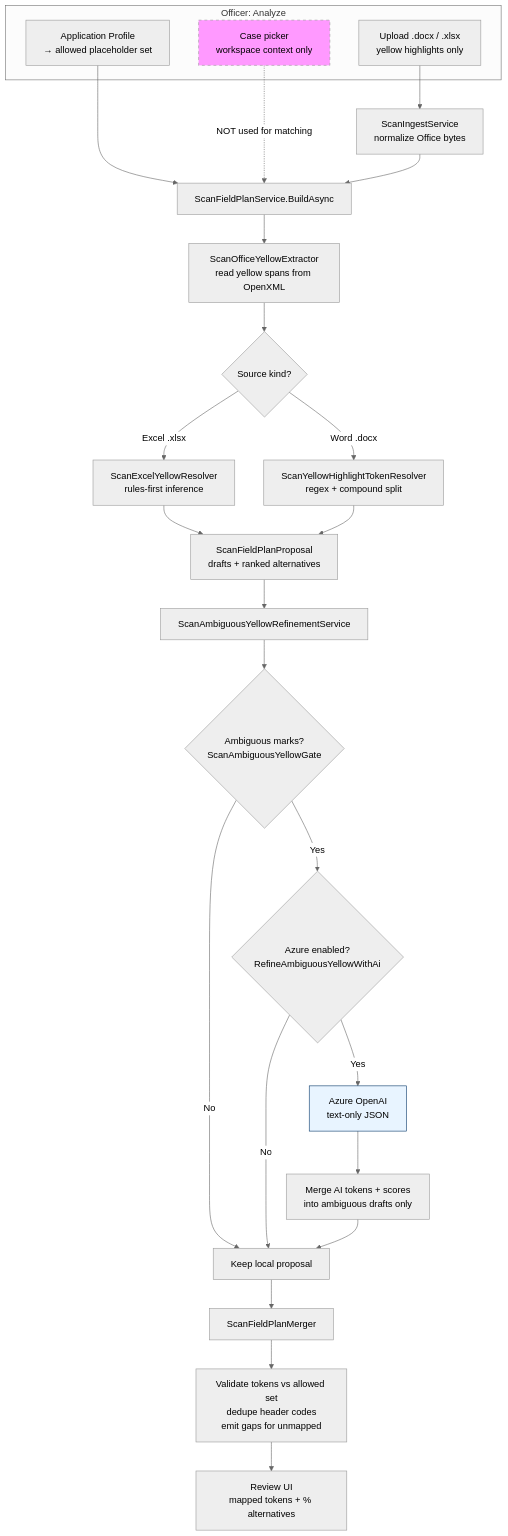
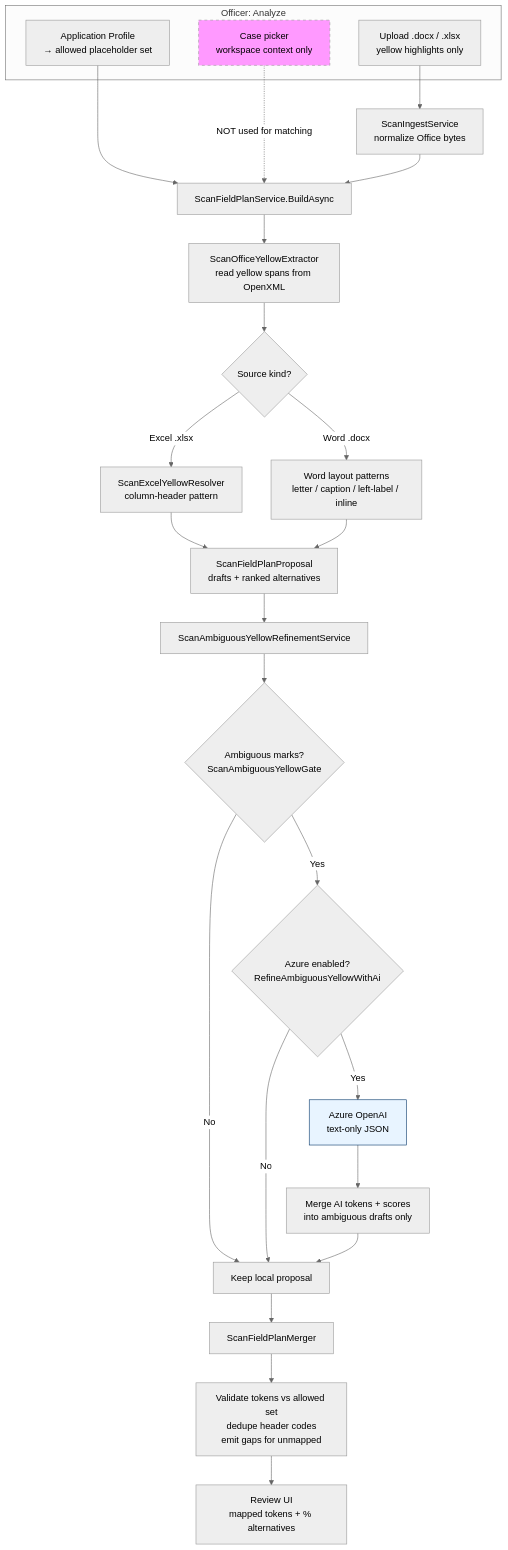
Before and after one commit to webapis/Visa2026: the diagram in docs/diagrams/template-scan-placeholder-guessing/overview.mmd, drawn with Mermaid (neutral theme). The commit also changed 45 other files, not shown here.

```diff
--- a/docs/diagrams/template-scan-placeholder-guessing/overview.mmd
+++ b/docs/diagrams/template-scan-placeholder-guessing/overview.mmd
@@ -1,38 +1,38 @@
 flowchart TB
     subgraph Entry["Officer: Analyze"]
         A["Upload .docx / .xlsx<br/>yellow highlights only"]
         B["Application Profile<br/>→ allowed placeholder set"]
         C["Case picker<br/>workspace context only"]
     end
 
     A --> D["ScanIngestService<br/>normalize Office bytes"]
     B --> E["ScanFieldPlanService.BuildAsync"]
     C -.->|"NOT used for matching"| E
     D --> E
 
     E --> F["ScanOfficeYellowExtractor<br/>read yellow spans from OpenXML"]
 
     F --> G{Source kind?}
 
-    G -->|Excel .xlsx| H["ScanExcelYellowResolver<br/>rules-first inference"]
-    G -->|Word .docx| I["ScanYellowHighlightTokenResolver<br/>regex + compound split"]
+    G -->|Excel .xlsx| H["ScanExcelYellowResolver<br/>column-header pattern"]
+    G -->|Word .docx| I["Word layout patterns<br/>letter / caption / left-label / inline"]
 
     H --> J["ScanFieldPlanProposal<br/>drafts + ranked alternatives"]
     I --> J
 
     J --> K["ScanAmbiguousYellowRefinementService"]
 
     K --> L{"Ambiguous marks?<br/>ScanAmbiguousYellowGate"}
     L -->|No| M["Keep local proposal"]
     L -->|Yes| N{"Azure enabled?<br/>RefineAmbiguousYellowWithAi"}
     N -->|No| M
     N -->|Yes| O["Azure OpenAI<br/>text-only JSON"]
     O --> P["Merge AI tokens + scores<br/>into ambiguous drafts only"]
     P --> M
 
     M --> Q["ScanFieldPlanMerger"]
     Q --> R["Validate tokens vs allowed set<br/>dedupe header codes<br/>emit gaps for unmapped"]
     R --> S["Review UI<br/>mapped tokens + % alternatives"]
 
     style C fill:#f9f,stroke:#999,stroke-dasharray: 5 5
     style O fill:#e8f4ff,stroke:#036
```
